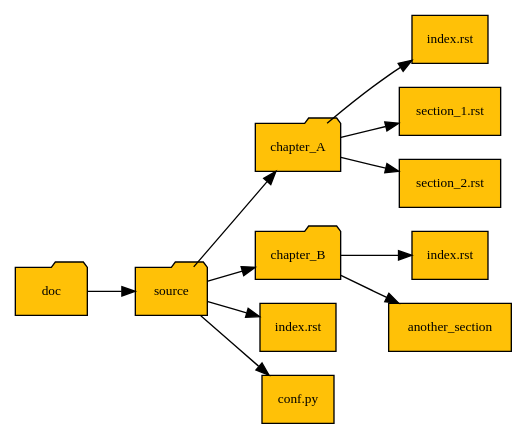
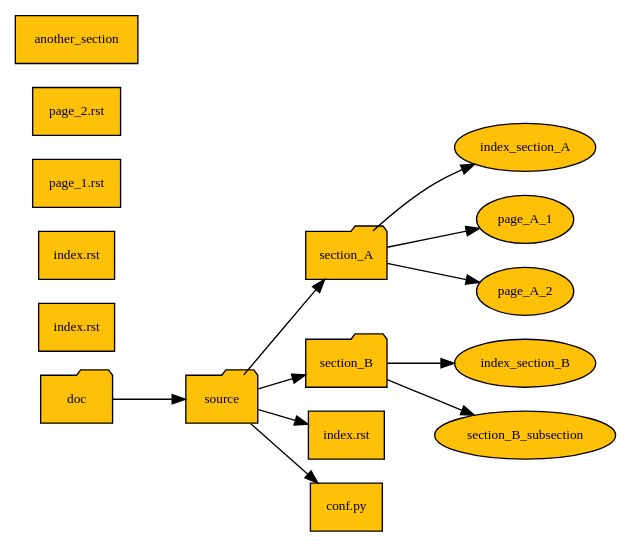
One commit to ansys/pyansys-dev-guide changed the diagram in doc/source/how-to/diag/doc_layout.rst. Above: the diagram before and after it, drawn with Graphviz. The commit also changed 2 other files, not shown here.

Commit message:
More edits

```diff
--- a/doc/source/how-to/diag/doc_layout.rst
+++ b/doc/source/how-to/diag/doc_layout.rst
@@ -2,73 +2,73 @@
 .. graphviz::
     :caption: Hierarchical structure for PyAnsys library documentation.
     :alt: Hierarchical structure for PyAnsys library documentation.
 
      digraph "sphinx-ext-graphviz" {
          size="8,6";
          bgcolor="white"
          rankdir="LR";
          graph [
            fontname="Verdana", fontsize="10", color="black", fillcolor="white"
          ];
          node [
            fontname="Verdana", fontsize="10", style="filled", color="black", fillcolor="#ffc107"
          ];
 
          doc [
            label="doc", shape="folder"
          ]
 
          source [
            label="source", shape="folder"
          ]
 
-         chapter_A [
-           label="chapter_A", shape="folder"
+         section_A [
+           label="section_A", shape="folder"
          ]
 
-         chapter_B [
-           label="chapter_B", shape="folder"
+         section_B [
+           label="section_B", shape="folder"
          ]
 
          index_file [
            label="index.rst", shape="file"
          ]
 
          index_file_A [
            label="index.rst", shape="file"
          ]
 
          index_file_B [
            label="index.rst", shape="file"
          ]
 
          section_A_1 [
-           label="section_1.rst", shape="file"
+           label="page_1.rst", shape="file"
          ]
 
          section_A_2 [
-           label="section_2.rst", shape="file"
+           label="page_2.rst", shape="file"
          ]
 
          another_section [
            label="another_section", shape="file"
          ]
 
          conf_file [
            label="conf.py", shape="file"
          ]
 
          doc -> source;
 
          source -> conf_file;
          source -> index_file;
-         source -> chapter_A;
-         source -> chapter_B;
+         source -> section_A;
+         source -> section_B;
 
-         chapter_A -> index_file_A;
-         chapter_A -> section_A_1;
-         chapter_A -> section_A_2;
+         section_A -> index_section_A;
+         section_A -> page_A_1;
+         section_A -> page_A_2;
 
-         chapter_B -> index_file_B;
-         chapter_B -> another_section;
+         section_B -> index_section_B;
+         section_B -> section_B_subsection;
      }
```
